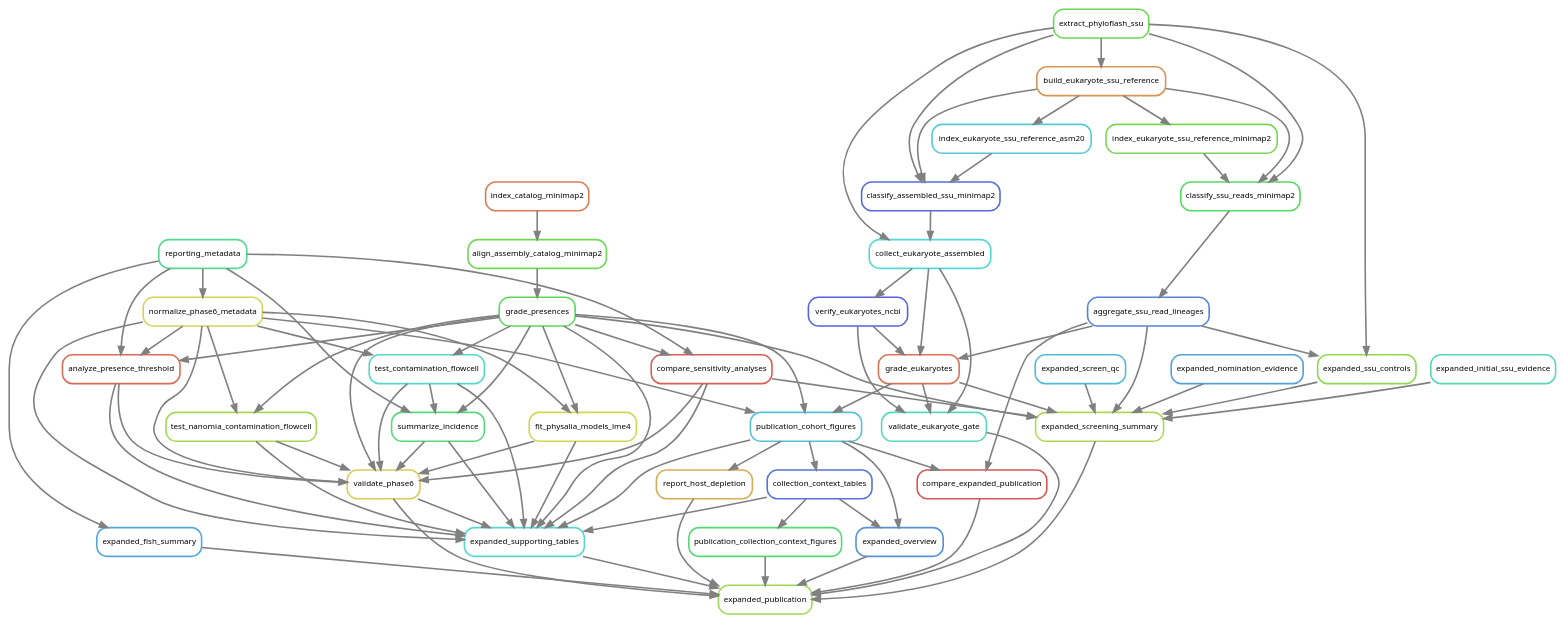
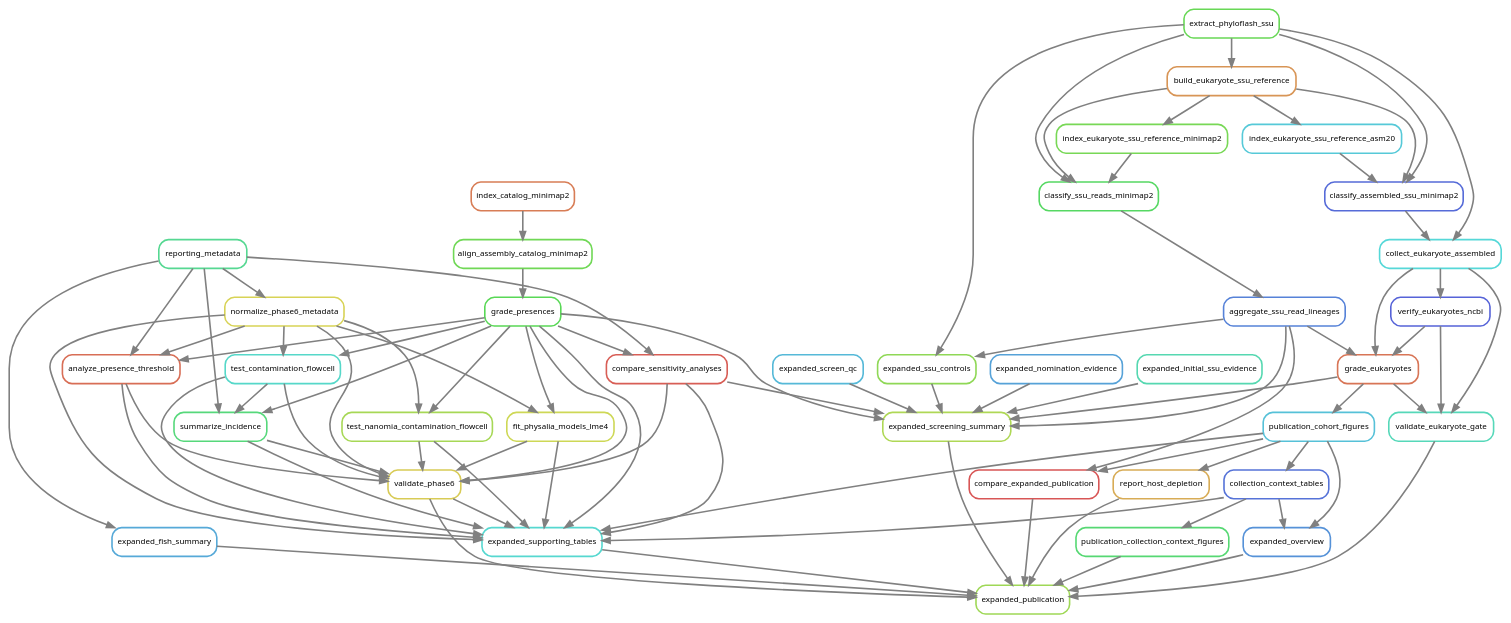
One commit to caseywdunn/siph-associates changed the diagram in docs/workflow/graphs/expanded_publication.dot. Above: the diagram before and after it, drawn with Graphviz. The commit also changed 37 other files, not shown here.

Commit message:
Align submission guides and rule graphs with the current paper

```diff
--- a/docs/workflow/graphs/expanded_publication.dot
+++ b/docs/workflow/graphs/expanded_publication.dot
@@ -1,127 +1,125 @@
 digraph snakemake_dag {
     graph[bgcolor=white, margin=0];
     node[shape=box, style=rounded, fontname=sans,                 fontsize=10, penwidth=2];
     edge[penwidth=2, color=grey];
 	0[label = "expanded_publication", color = "0.24 0.6 0.85", style="rounded"];
 	1[label = "validate_phase6", color = "0.15 0.6 0.85", style="rounded"];
 	2[label = "grade_presences", color = "0.33 0.6 0.85", style="rounded"];
 	3[label = "align_assembly_catalog_minimap2", color = "0.30 0.6 0.85", style="rounded"];
 	4[label = "index_catalog_minimap2", color = "0.05 0.6 0.85", style="rounded"];
 	5[label = "test_contamination_flowcell", color = "0.48 0.6 0.85", style="rounded"];
 	6[label = "normalize_phase6_metadata", color = "0.16 0.6 0.85", style="rounded"];
 	7[label = "reporting_metadata", color = "0.41 0.6 0.85", style="rounded"];
 	8[label = "test_nanomia_contamination_flowcell", color = "0.23 0.6 0.85", style="rounded"];
 	9[label = "analyze_presence_threshold", color = "0.03 0.6 0.85", style="rounded"];
 	10[label = "summarize_incidence", color = "0.38 0.6 0.85", style="rounded"];
 	11[label = "fit_physalia_models_lme4", color = "0.18 0.6 0.85", style="rounded"];
 	12[label = "compare_sensitivity_analyses", color = "0.01 0.6 0.85", style="rounded"];
 	13[label = "validate_eukaryote_gate", color = "0.46 0.6 0.85", style="rounded"];
 	14[label = "grade_eukaryotes", color = "0.04 0.6 0.85", style="rounded"];
 	15[label = "aggregate_ssu_read_lineages", color = "0.61 0.6 0.85", style="rounded"];
 	16[label = "classify_ssu_reads_minimap2", color = "0.35 0.6 0.85", style="rounded"];
 	17[label = "index_eukaryote_ssu_reference_minimap2", color = "0.29 0.6 0.85", style="rounded"];
 	18[label = "build_eukaryote_ssu_reference", color = "0.08 0.6 0.85", style="rounded"];
 	19[label = "extract_phyloflash_ssu", color = "0.31 0.6 0.85", style="rounded"];
 	20[label = "collect_eukaryote_assembled", color = "0.50 0.6 0.85", style="rounded"];
 	21[label = "classify_assembled_ssu_minimap2", color = "0.64 0.6 0.85", style="rounded"];
 	22[label = "index_eukaryote_ssu_reference_asm20", color = "0.52 0.6 0.85", style="rounded"];
 	23[label = "verify_eukaryotes_ncbi", color = "0.65 0.6 0.85", style="rounded"];
 	24[label = "publication_collection_context_figures", color = "0.37 0.6 0.85", style="rounded"];
 	25[label = "collection_context_tables", color = "0.63 0.6 0.85", style="rounded"];
 	26[label = "publication_cohort_figures", color = "0.53 0.6 0.85", style="rounded"];
 	27[label = "expanded_overview", color = "0.59 0.6 0.85", style="rounded"];
 	28[label = "expanded_supporting_tables", color = "0.49 0.6 0.85", style="rounded"];
 	29[label = "expanded_screening_summary", color = "0.22 0.6 0.85", style="rounded"];
 	30[label = "expanded_screen_qc", color = "0.54 0.6 0.85", style="rounded"];
 	31[label = "expanded_nomination_evidence", color = "0.57 0.6 0.85", style="rounded"];
 	32[label = "expanded_initial_ssu_evidence", color = "0.45 0.6 0.85", style="rounded"];
 	33[label = "expanded_ssu_controls", color = "0.26 0.6 0.85", style="rounded"];
 	34[label = "expanded_fish_summary", color = "0.56 0.6 0.85", style="rounded"];
 	35[label = "compare_expanded_publication", color = "0.00 0.6 0.85", style="rounded"];
 	36[label = "report_host_depletion", color = "0.11 0.6 0.85", style="rounded"];
 	1 -> 0
 	35 -> 0
 	28 -> 0
 	24 -> 0
 	34 -> 0
 	29 -> 0
 	27 -> 0
 	36 -> 0
 	13 -> 0
 	5 -> 1
 	2 -> 1
 	6 -> 1
 	12 -> 1
 	9 -> 1
 	10 -> 1
 	11 -> 1
 	8 -> 1
 	3 -> 2
 	4 -> 3
 	2 -> 5
 	6 -> 5
 	7 -> 6
 	2 -> 8
 	6 -> 8
 	2 -> 9
 	6 -> 9
 	7 -> 9
 	5 -> 10
 	2 -> 10
 	7 -> 10
 	2 -> 11
 	6 -> 11
 	2 -> 12
 	7 -> 12
 	14 -> 13
 	23 -> 13
 	20 -> 13
 	20 -> 14
 	23 -> 14
 	15 -> 14
 	16 -> 15
 	17 -> 16
 	18 -> 16
 	19 -> 16
 	18 -> 17
 	19 -> 18
 	21 -> 20
 	19 -> 20
 	22 -> 21
 	18 -> 21
 	19 -> 21
 	18 -> 22
 	20 -> 23
 	25 -> 24
 	26 -> 25
 	14 -> 26
-	2 -> 26
-	6 -> 26
 	26 -> 27
 	25 -> 27
 	5 -> 28
 	2 -> 28
 	1 -> 28
 	6 -> 28
 	12 -> 28
 	9 -> 28
 	26 -> 28
 	10 -> 28
 	11 -> 28
 	8 -> 28
 	25 -> 28
 	2 -> 29
 	12 -> 29
 	14 -> 29
 	30 -> 29
 	33 -> 29
 	31 -> 29
 	15 -> 29
 	32 -> 29
 	15 -> 33
 	19 -> 33
 	7 -> 34
 	26 -> 35
 	15 -> 35
 	26 -> 36
 }            
```
